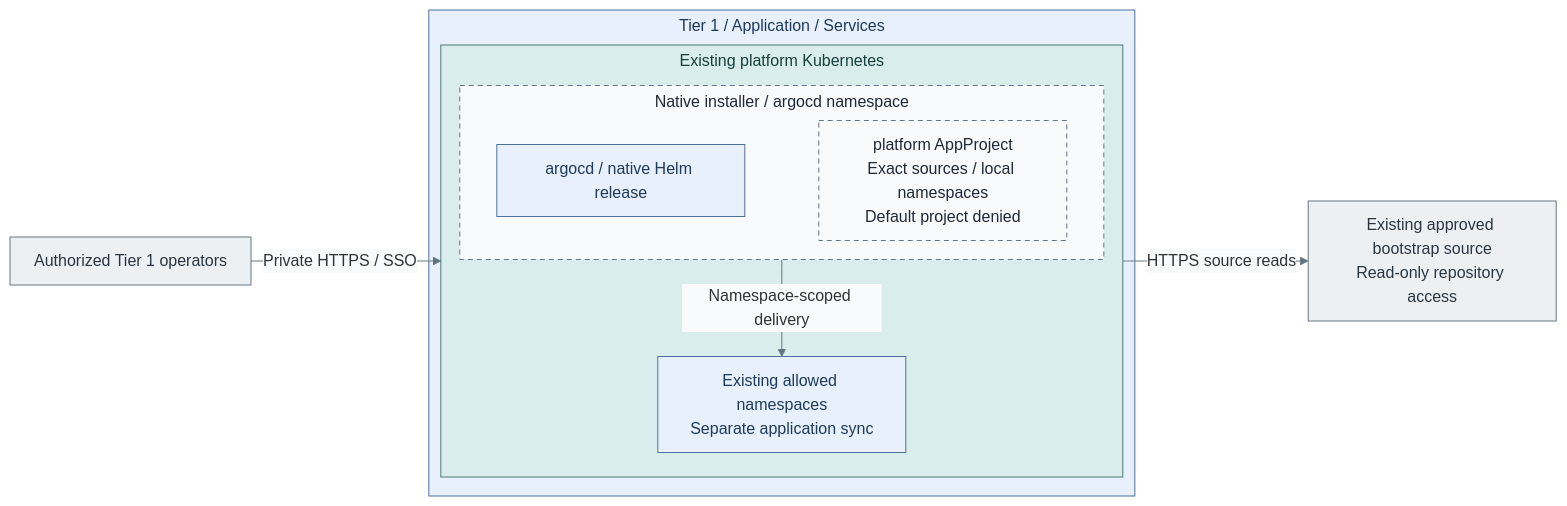
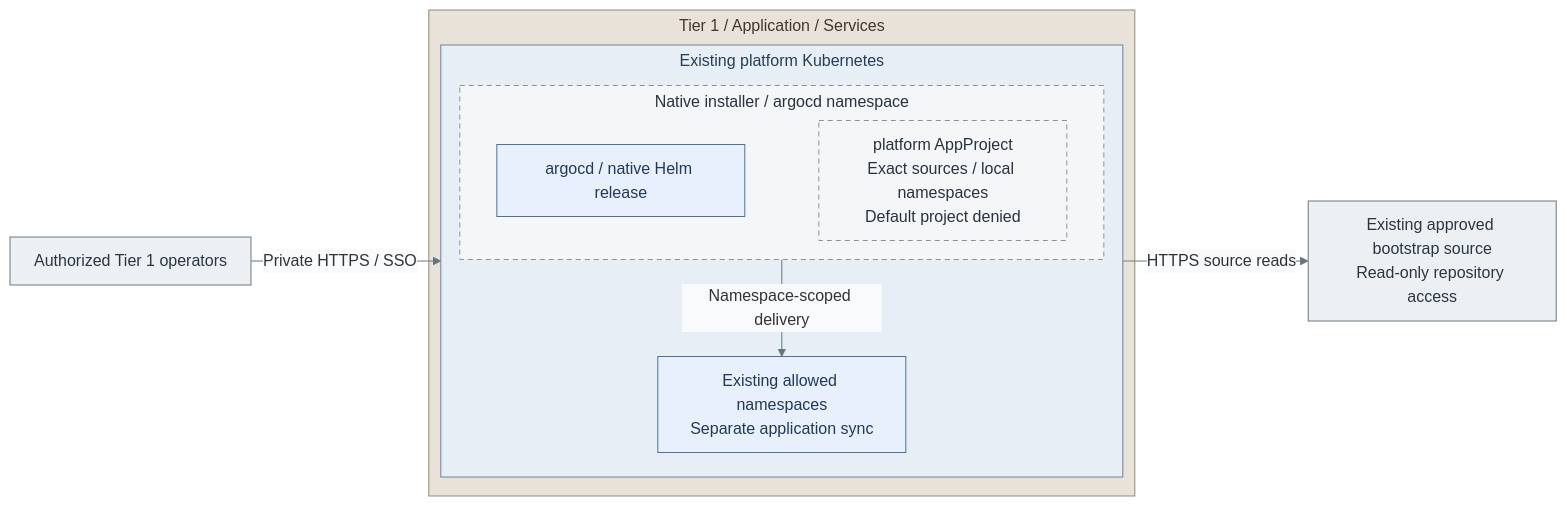
The diagram in docs/03-deployment/stage-7-delivery/step-2a-argocd.md (Rexus/homelab), drawn with Mermaid before and after one commit. The commit also changed 108 other files, not shown here.

Commit message:
docs(diagrams): unify visual language and opening views

````diff
--- a/docs/03-deployment/stage-7-delivery/step-2a-argocd.md
+++ b/docs/03-deployment/stage-7-delivery/step-2a-argocd.md
@@ -16,29 +16,32 @@
 ```mermaid
 %%{init: {"theme":"base","flowchart":{"nodeSpacing":18,"rankSpacing":24,"padding":12,"subGraphTitleMargin":{"top":4,"bottom":12}},"themeVariables":{"lineColor":"#627581","edgeLabelBackground":"#f8fafc"}}}%%
 flowchart LR
   Admin["Authorized Tier 1 operators"]
   subgraph T1["Tier 1 / Application / Services"]
     subgraph Cluster["Existing platform Kubernetes"]
       direction TB
       subgraph Added["Native installer / argocd namespace"]
         Controller["argocd / native Helm release"]
         Policy["platform AppProject<br/>Exact sources / local namespaces<br/>Default project denied"]
         Controller ~~~ Policy
       end
       Targets["Existing allowed namespaces<br/>Separate application sync"]
       Added -->|Namespace-scoped delivery| Targets
     end
   end
   Source["Existing approved bootstrap source<br/>Read-only repository access"]
   Admin -->|Private HTTPS / SSO| Added
   Added -->|HTTPS source reads| Source
   classDef default fill:#f8fafc,stroke:#64748b,color:#1f2937
   classDef actor fill:#edf0f3,stroke:#697682,color:#293642
   classDef services fill:#e7f0fc,stroke:#4d719b,color:#203a5b
   classDef runtime fill:#d9eeec,stroke:#4d7b77,color:#173f3e
-  classDef replicas fill:#f8fafc,stroke:#64748b,color:#1f2937,stroke-dasharray:5 4
+  classDef replicas fill:#f5f6f7,stroke:#89939e,color:#273340,stroke-dasharray:5 4
   class Admin,Source actor
-  class T1,Controller,Targets services
-  class Cluster runtime
+  class Controller,Targets services
   class Added,Policy replicas
+  classDef kubernetes fill:#e8eef6,stroke:#6b83a3,color:#263d59
+  class Cluster kubernetes
+  classDef tier1 fill:#e9e2d8,stroke:#968976,color:#44382a
+  class T1 tier1
 ```
````
